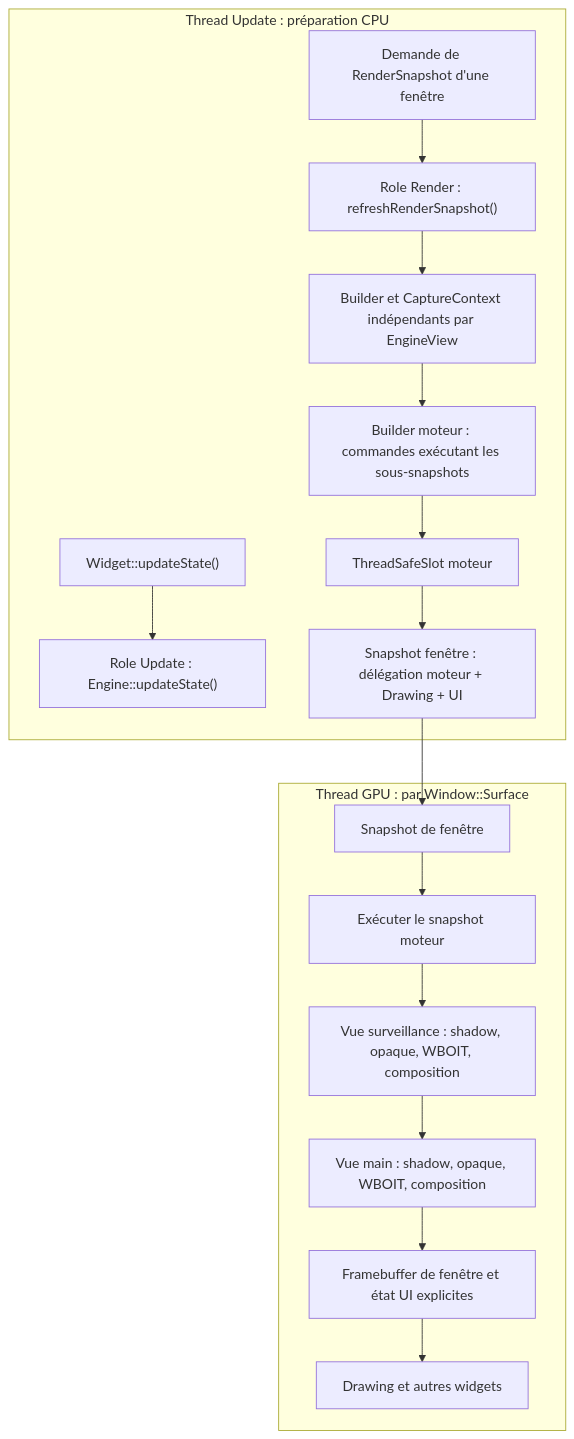
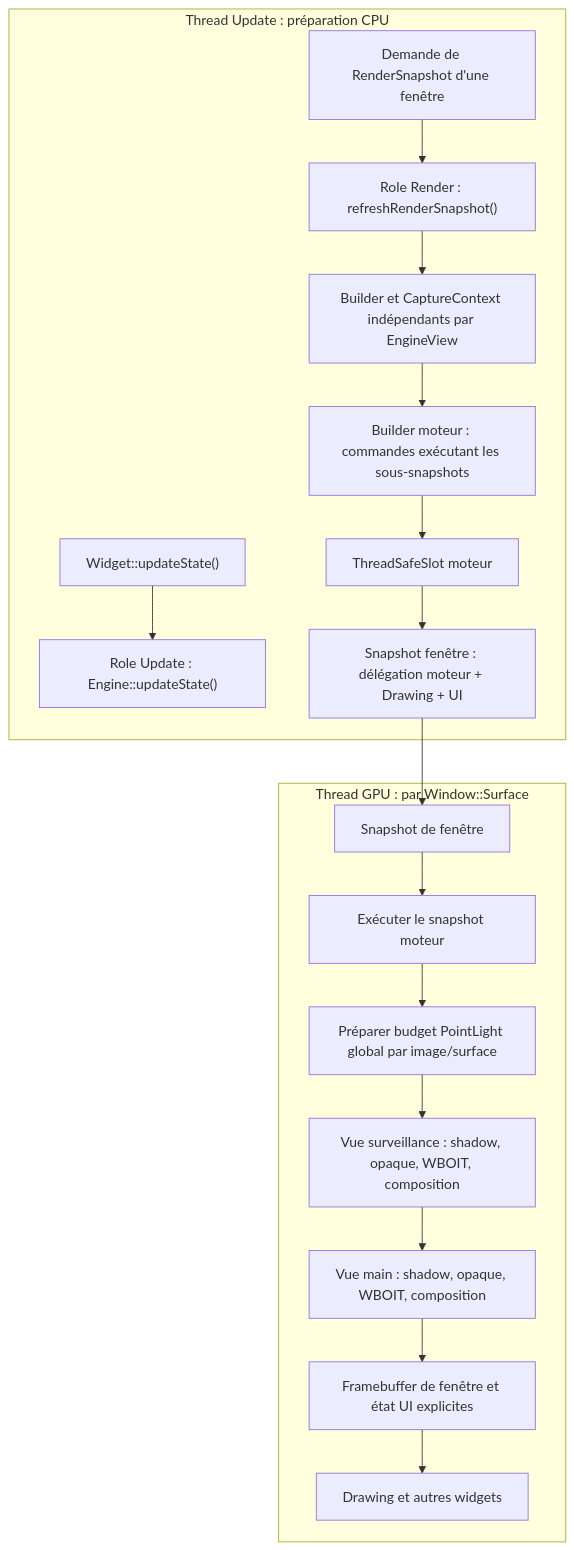
The second of 5 diagrams in docs/voxel-engine-v0.1.4/07-vues-et-passes.md (EreliaStudio/Sparkle), drawn with Mermaid before and after one commit. The commit also changed other lines of this file, not shown here.

Commit message:
docs(v0.1.4): define global per-surface point shadow preparation Q-ARCH-002

````diff
--- a/docs/voxel-engine-v0.1.4/07-vues-et-passes.md
+++ b/docs/voxel-engine-v0.1.4/07-vues-et-passes.md
@@ -210,25 +210,26 @@
 ```mermaid
 flowchart TB
   subgraph U["Thread Update : préparation CPU"]
     Widgets["Widget::updateState()"]
     Logic["Role Update : Engine::updateState()"]
     Requested["Demande de RenderSnapshot d'une fenêtre"]
     Refresh["Role Render : refreshRenderSnapshot()"]
     PerView["Builder et CaptureContext indépendants par EngineView"]
     EngineBuilder["Builder moteur : commandes exécutant les sous-snapshots"]
     Slot["ThreadSafeSlot moteur"]
     WindowSnap["Snapshot fenêtre : délégation moteur + Drawing + UI"]
     Widgets --> Logic
     Requested --> Refresh --> PerView --> EngineBuilder --> Slot --> WindowSnap
   end
   subgraph G["Thread GPU : par Window::Surface"]
     Consume["Snapshot de fenêtre"]
     EngineExec["Exécuter le snapshot moteur"]
+    Plan["Préparer budget PointLight global par image/surface"]
     Surveillance["Vue surveillance : shadow, opaque, WBOIT, composition"]
     Main["Vue main : shadow, opaque, WBOIT, composition"]
     Restore["Framebuffer de fenêtre et état UI explicites"]
     UI["Drawing et autres widgets"]
-    Consume --> EngineExec --> Surveillance --> Main --> Restore --> UI
+    Consume --> EngineExec --> Plan --> Surveillance --> Main --> Restore --> UI
   end
   WindowSnap --> Consume
 ```
````
